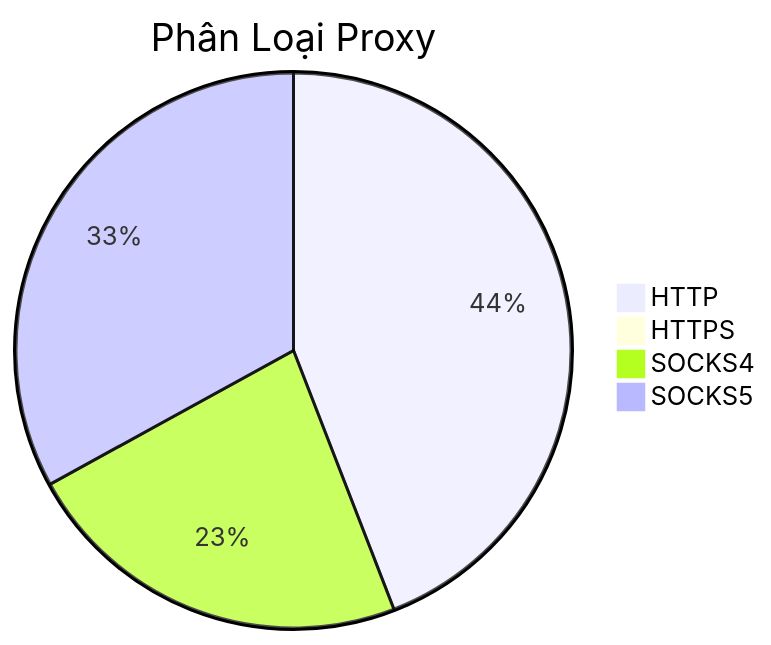
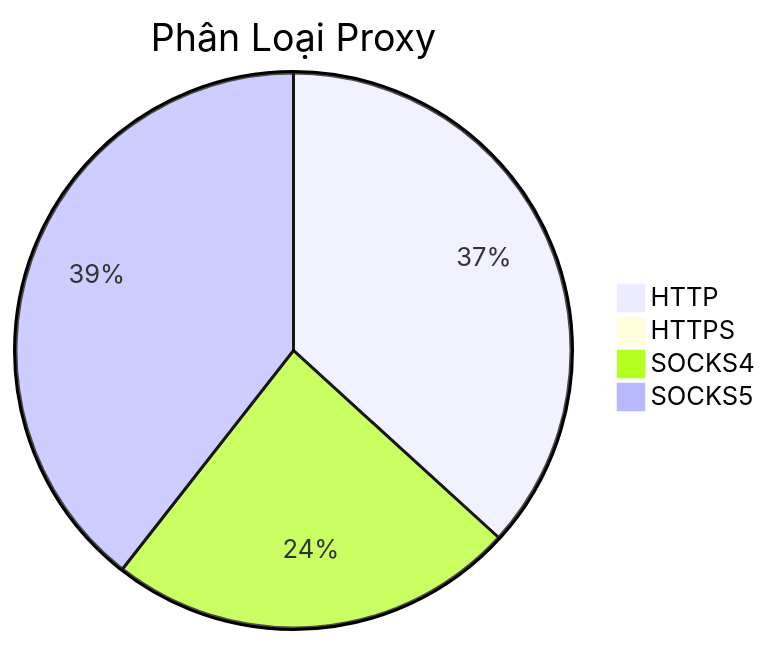
One commit to Ciara-12/PROXY-free changed the diagram in README.md. Above: the diagram before and after it, drawn with Mermaid. The commit also changed other lines of this file and 4 other files, not shown here.

````diff
--- a/README.md
+++ b/README.md
@@ -26,7 +26,7 @@
 ```mermaid
 pie title Phân Loại Proxy
-    "HTTP" : 524
-    "HTTPS" : 1
-    "SOCKS4" : 272
-    "SOCKS5" : 392
+    "HTTP" : 414
+    "HTTPS" : 2
+    "SOCKS4" : 268
+    "SOCKS5" : 444
 ```
````
